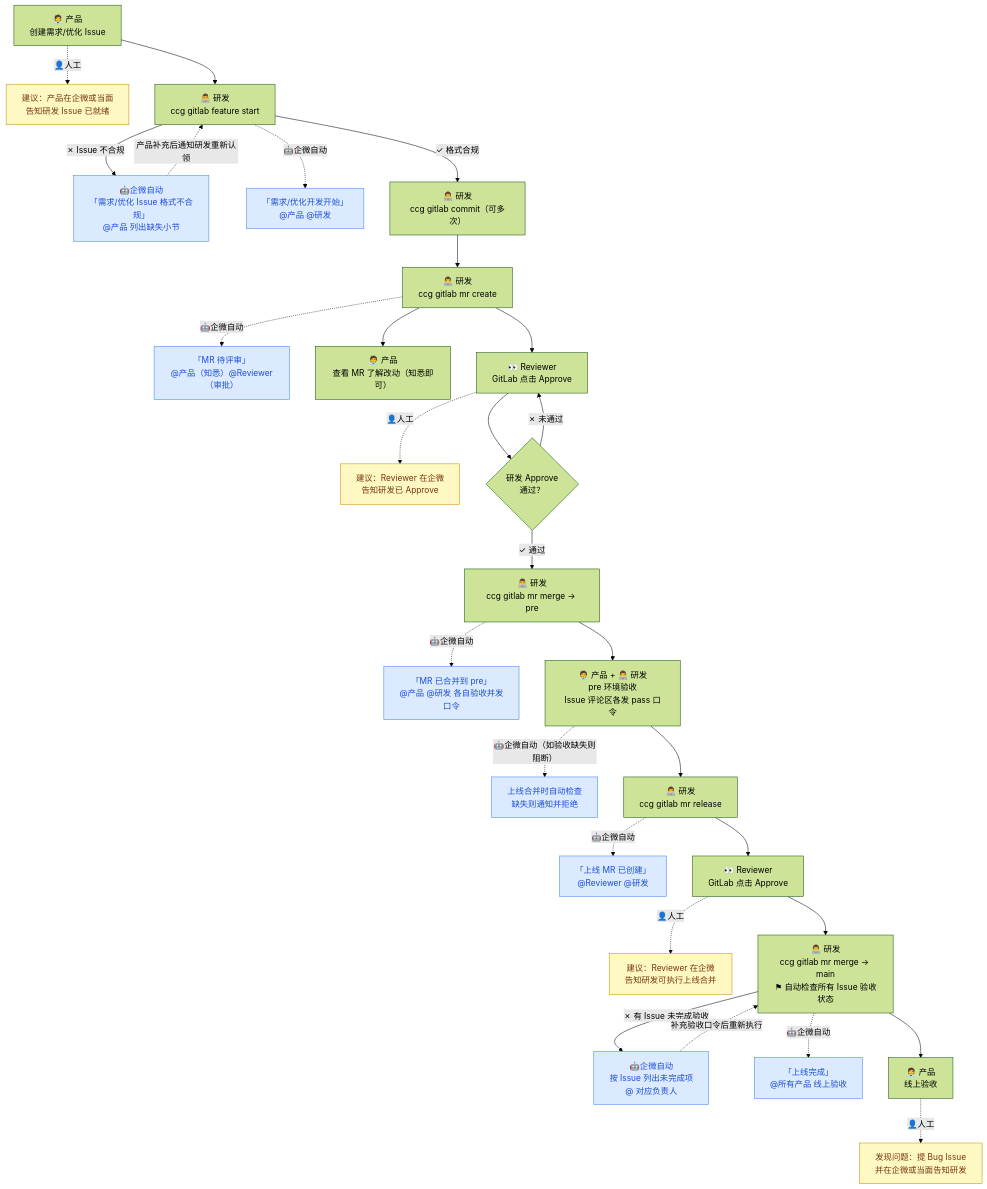
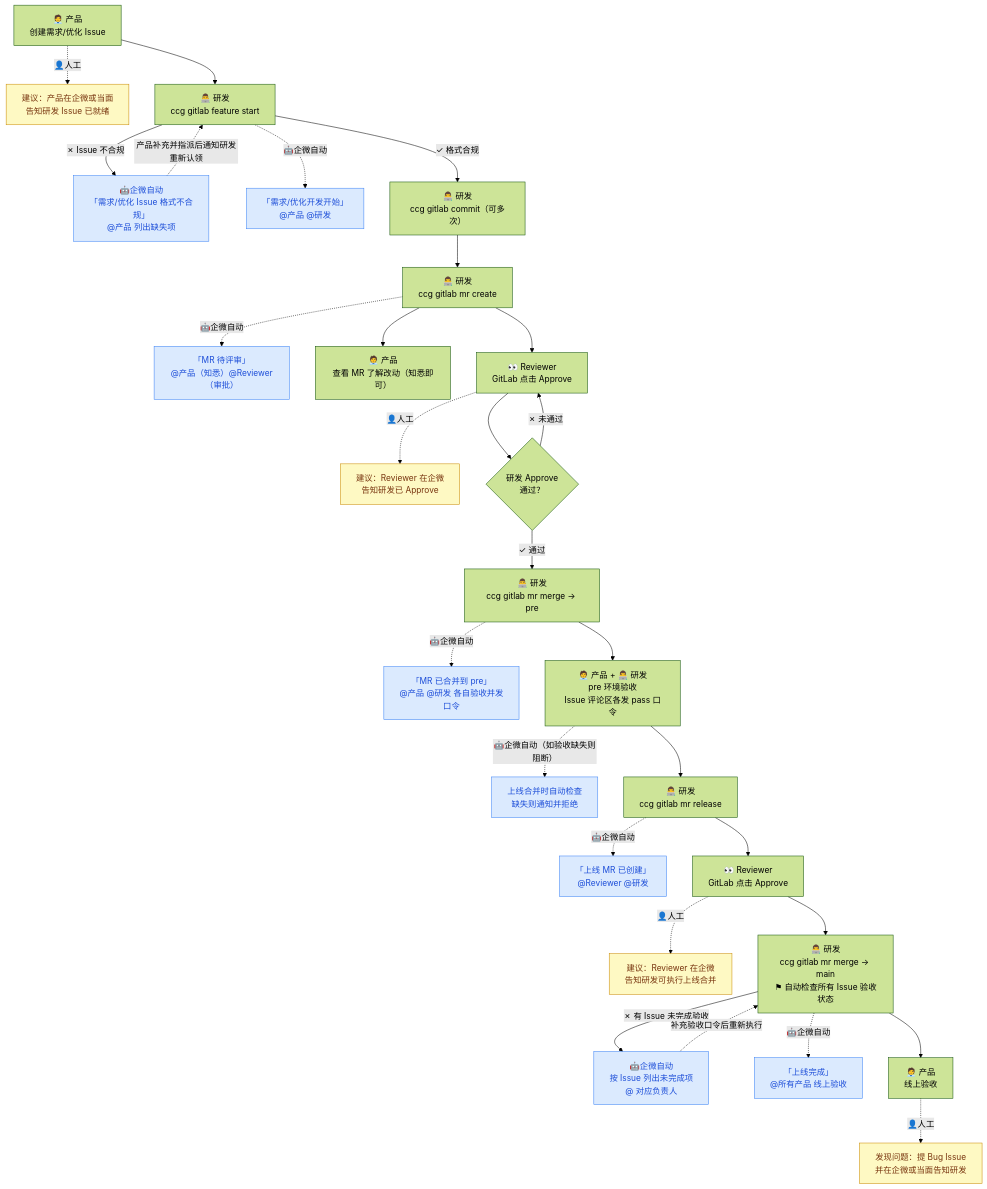
Before and after one commit to hustwujing/ai-workflow: the first of 2 diagrams in README.md, drawn with Mermaid (forest theme). The commit also changed other lines of this file and 2 other files, not shown here.

Commit message:
feat: Issue 无 assignee 视为不合规，打回要求产品补充并指派

````diff
--- a/README.md
+++ b/README.md
@@ -150,33 +150,33 @@
 ```mermaid
 flowchart TD
     classDef bot fill:#dbeafe,stroke:#3b82f6,color:#1d4ed8
     classDef human fill:#fef9c3,stroke:#ca8a04,color:#78350f
 
     A["🧑‍💼 产品\n创建需求/优化 Issue"] -. 👤人工 .-> aN["建议：产品在企微或当面\n告知研发 Issue 已就绪"]:::human
     A --> B["👨‍💻 研发\nccg gitlab feature start"]
-    B -->|"✗ Issue 不合规"| bFail["🤖企微自动\n「需求/优化 Issue 格式不合规」\n@产品 列出缺失小节"]:::bot
-    bFail -. 产品补充后通知研发重新认领 .-> B
+    B -->|"✗ Issue 不合规"| bFail["🤖企微自动\n「需求/优化 Issue 格式不合规」\n@产品 列出缺失项"]:::bot
+    bFail -. 产品补充并指派后通知研发重新认领 .-> B
     B -. 🤖企微自动 .-> bN["「需求/优化开发开始」\n@产品 @研发"]:::bot
     B -->|"✓ 格式合规"| C["👨‍💻 研发\nccg gitlab commit（可多次）"]
     C --> D["👨‍💻 研发\nccg gitlab mr create"]
     D -. 🤖企微自动 .-> dN["「MR 待评审」\n@产品（知悉）@Reviewer（审批）"]:::bot
     D --> E["🧑‍💼 产品\n查看 MR 了解改动（知悉即可）"]
     D --> F["👀 Reviewer\nGitLab 点击 Approve"]
     F -. 👤人工 .-> fN["建议：Reviewer 在企微\n告知研发已 Approve"]:::human
     F --> G{"研发 Approve\n通过？"}
     G -->|"✗ 未通过"| F
     G -->|"✓ 通过"| H["👨‍💻 研发\nccg gitlab mr merge → pre"]
     H -. 🤖企微自动 .-> hN["「MR 已合并到 pre」\n@产品 @研发 各自验收并发口令"]:::bot
     H --> I["🧑‍💼 产品 + 👨‍💻 研发\npre 环境验收\nIssue 评论区各发 pass 口令"]
     I -. 🤖企微自动（如验收缺失则阻断） .-> iN["上线合并时自动检查\n缺失则通知并拒绝"]:::bot
     I --> J["👨‍💻 研发\nccg gitlab mr release"]
     J -. 🤖企微自动 .-> jN["「上线 MR 已创建」\n@Reviewer @研发"]:::bot
     J --> K["👀 Reviewer\nGitLab 点击 Approve"]
     K -. 👤人工 .-> kN["建议：Reviewer 在企微\n告知研发可执行上线合并"]:::human
     K --> L["👨‍💻 研发\nccg gitlab mr merge → main\n⚑ 自动检查所有 Issue 验收状态"]
     L -->|"✗ 有 Issue 未完成验收"| lFail["🤖企微自动\n按 Issue 列出未完成项\n@ 对应负责人"]:::bot
     lFail -. 补充验收口令后重新执行 .-> L
     L -. 🤖企微自动 .-> lN["「上线完成」\n@所有产品 线上验收"]:::bot
     L --> M["🧑‍💼 产品\n线上验收"]
     M -. 👤人工 .-> mN["发现问题：提 Bug Issue\n并在企微或当面告知研发"]:::human
 ```
````
